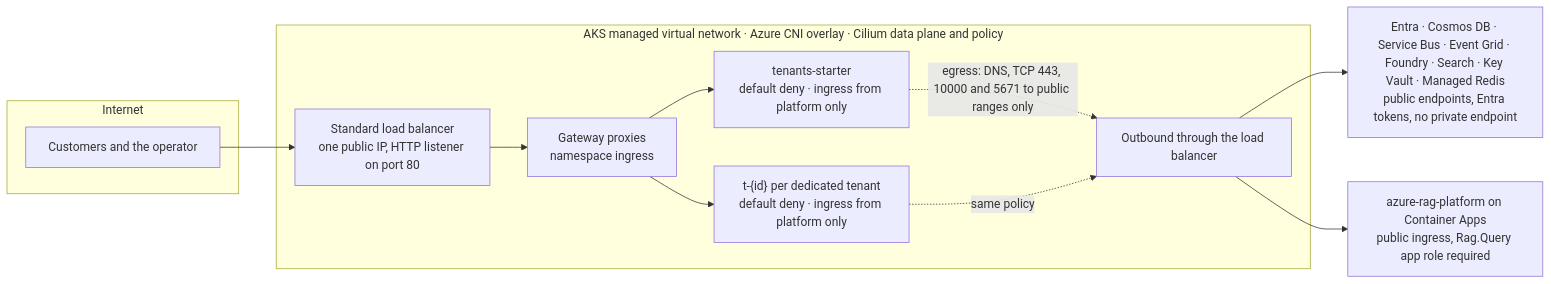
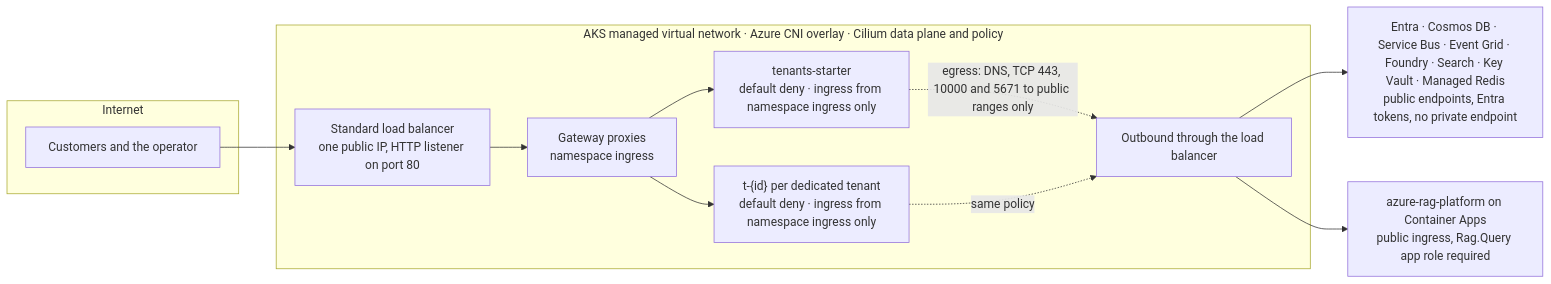
The second of 4 diagrams in docs/architecture.md (Rodrigo-GomezdelMoral/azure-ai-saas-platform), drawn with Mermaid before and after one commit. The commit also changed other lines of this file and 12 other files, not shown here.

````diff
--- a/docs/architecture.md
+++ b/docs/architecture.md
@@ -46,16 +46,16 @@
 ```mermaid
 graph LR
     subgraph internet["Internet"]
         CL["Customers and the operator"]
     end
     subgraph vnet["AKS managed virtual network · Azure CNI overlay · Cilium data plane and policy"]
         LB["Standard load balancer<br/>one public IP, HTTP listener on port 80"] --> GWP["Gateway proxies<br/>namespace ingress"]
-        GWP --> NS1["tenants-starter<br/>default deny · ingress from platform only"]
-        GWP --> NS2["t-{id} per dedicated tenant<br/>default deny · ingress from platform only"]
+        GWP --> NS1["tenants-starter<br/>default deny · ingress from namespace ingress only"]
+        GWP --> NS2["t-{id} per dedicated tenant<br/>default deny · ingress from namespace ingress only"]
         NS1 -. "egress: DNS, TCP 443, 10000 and 5671 to public ranges only" .-> OUT["Outbound through the load balancer"]
         NS2 -. "same policy" .-> OUT
     end
     CL --> LB
     OUT --> PAAS["Entra · Cosmos DB · Service Bus · Event Grid · Foundry · Search · Key Vault · Managed Redis<br/>public endpoints, Entra tokens, no private endpoint"]
     OUT --> RAG["azure-rag-platform on Container Apps<br/>public ingress, Rag.Query app role required"]
 ```
````
